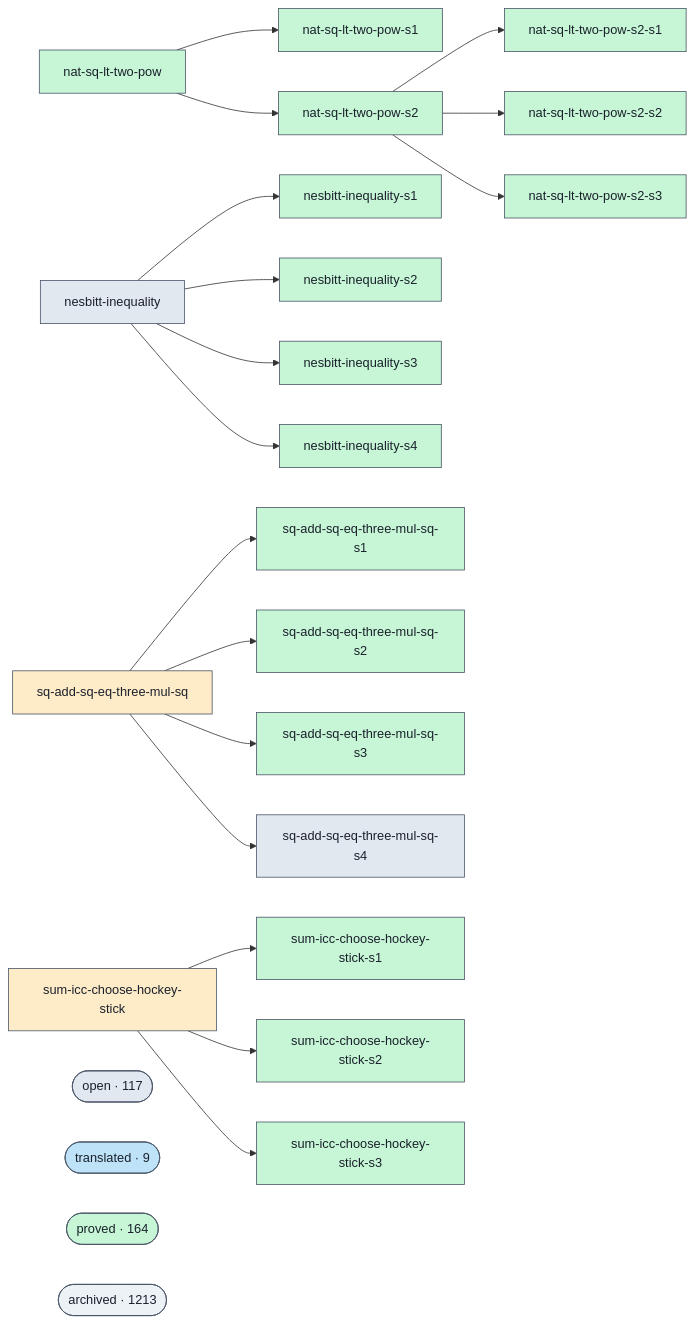
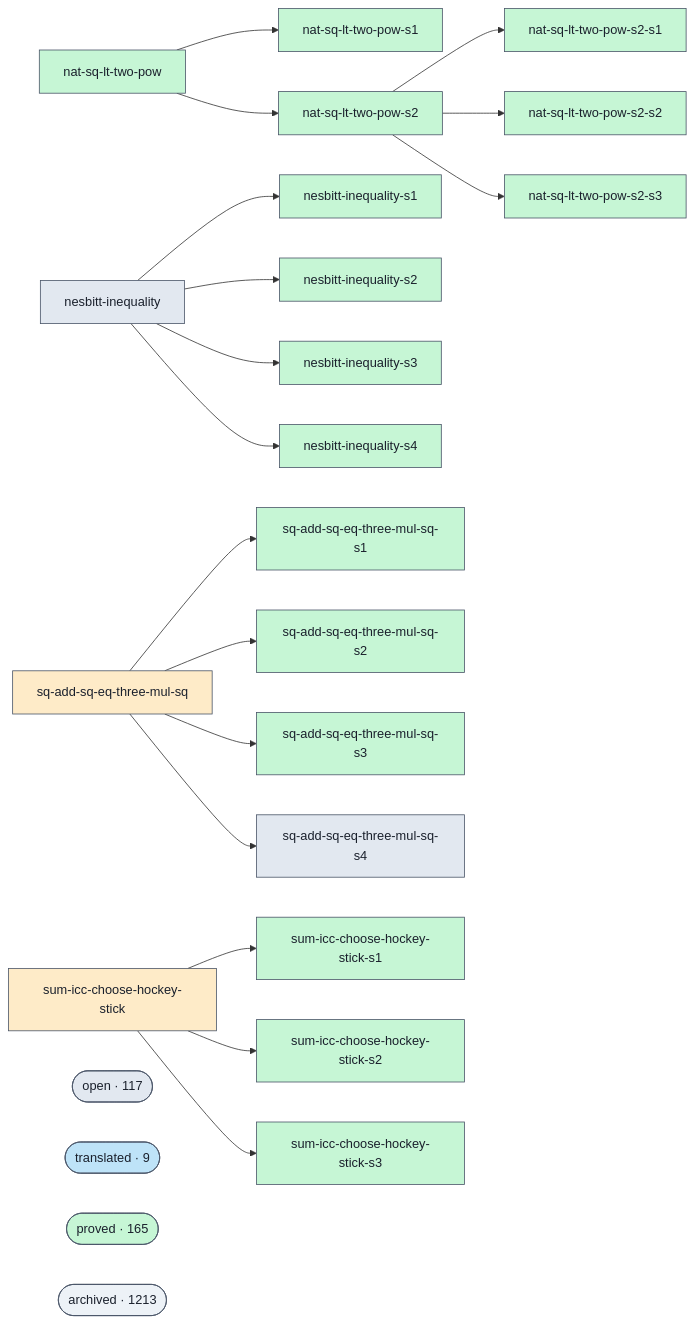
The diagram in docs/proofs-contributors-visualisation.md (ohdearquant/unsorry), drawn with Mermaid before and after one commit. The commit also changed other lines of this file and 2 other files, not shown here.

```diff
--- a/docs/proofs-contributors-visualisation.md
+++ b/docs/proofs-contributors-visualisation.md
@@ -102,7 +102,7 @@
   class cluster_open open;
   cluster_translated(["translated · 9"])
   class cluster_translated translated;
-  cluster_proved(["proved · 164"])
+  cluster_proved(["proved · 165"])
   class cluster_proved proved;
   cluster_archived(["archived · 1213"])
   class cluster_archived unknown;
```
